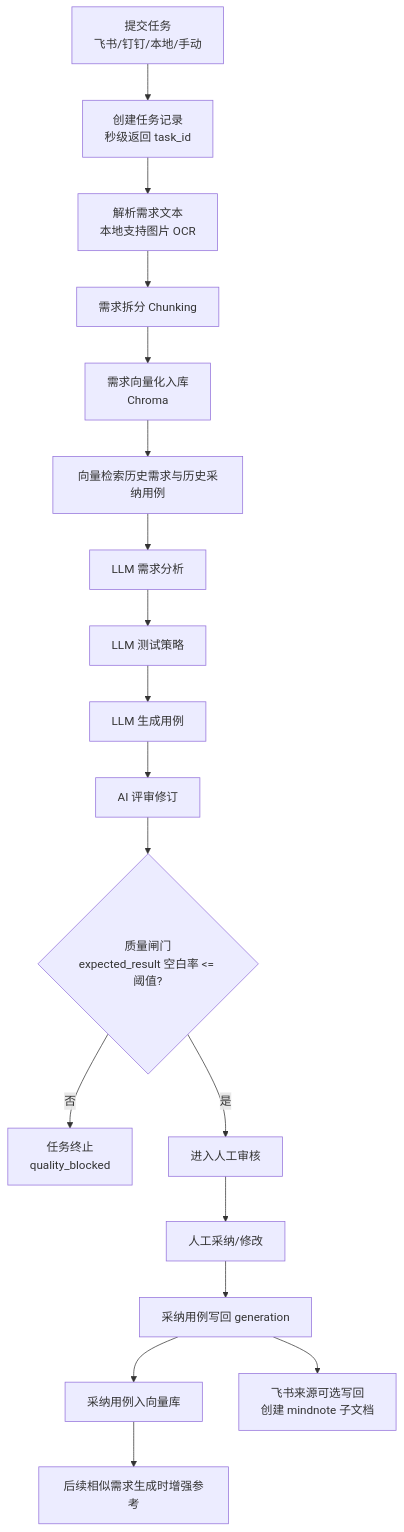
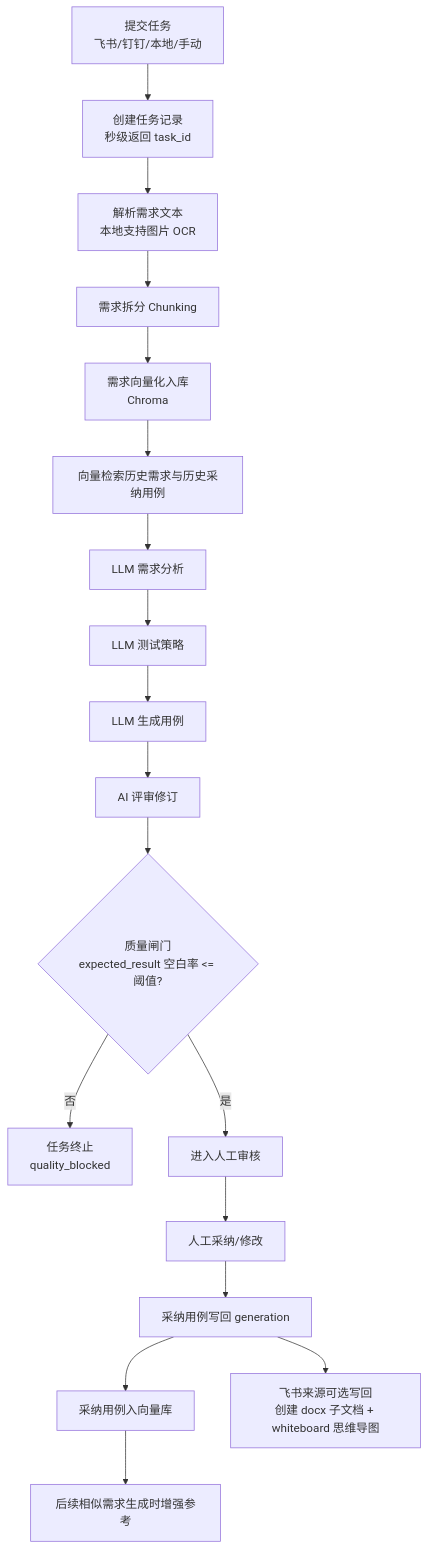
Before and after one commit to alex-oos/TestPilot-AI: the diagram in README.md, drawn with Mermaid. The commit also changed other lines of this file, not shown here.

````diff
--- a/README.md
+++ b/README.md
@@ -23,20 +23,20 @@
 ```mermaid
 flowchart TD
     A[提交任务\n飞书/钉钉/本地/手动] --> B[创建任务记录\n秒级返回 task_id]
     B --> C[解析需求文本\n本地支持图片 OCR]
     C --> D[需求拆分 Chunking]
     D --> E[需求向量化入库\nChroma]
     E --> F[向量检索历史需求与历史采纳用例]
     F --> G[LLM 需求分析]
     G --> H[LLM 测试策略]
     H --> I[LLM 生成用例]
     I --> J[AI 评审修订]
     J --> K{质量闸门\nexpected_result 空白率 <= 阈值?}
     K -- 否 --> L[任务终止\nquality_blocked]
     K -- 是 --> M[进入人工审核]
     M --> N[人工采纳/修改]
     N --> O[采纳用例写回 generation]
     O --> P[采纳用例入向量库]
-    O --> Q[飞书来源可选写回\n创建 mindnote 子文档]
+    O --> Q[飞书来源可选写回\n创建 docx 子文档 + whiteboard 思维导图]
     P --> R[后续相似需求生成时增强参考]
 ```
````
